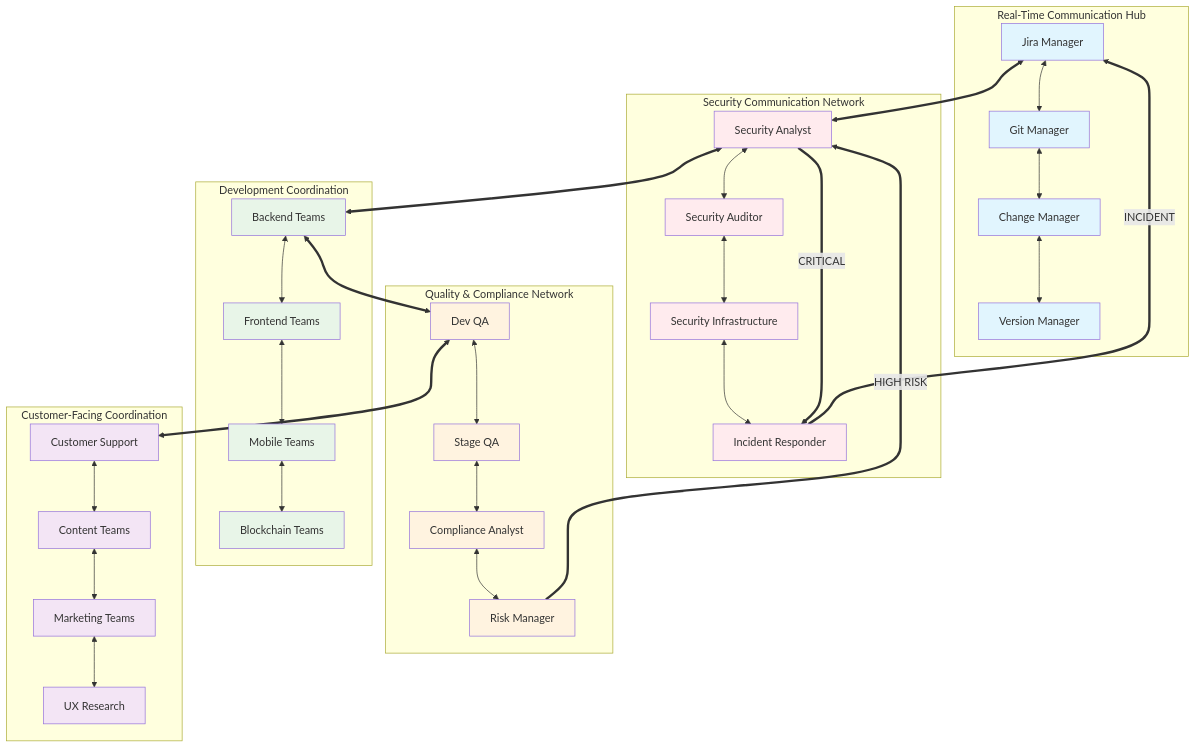
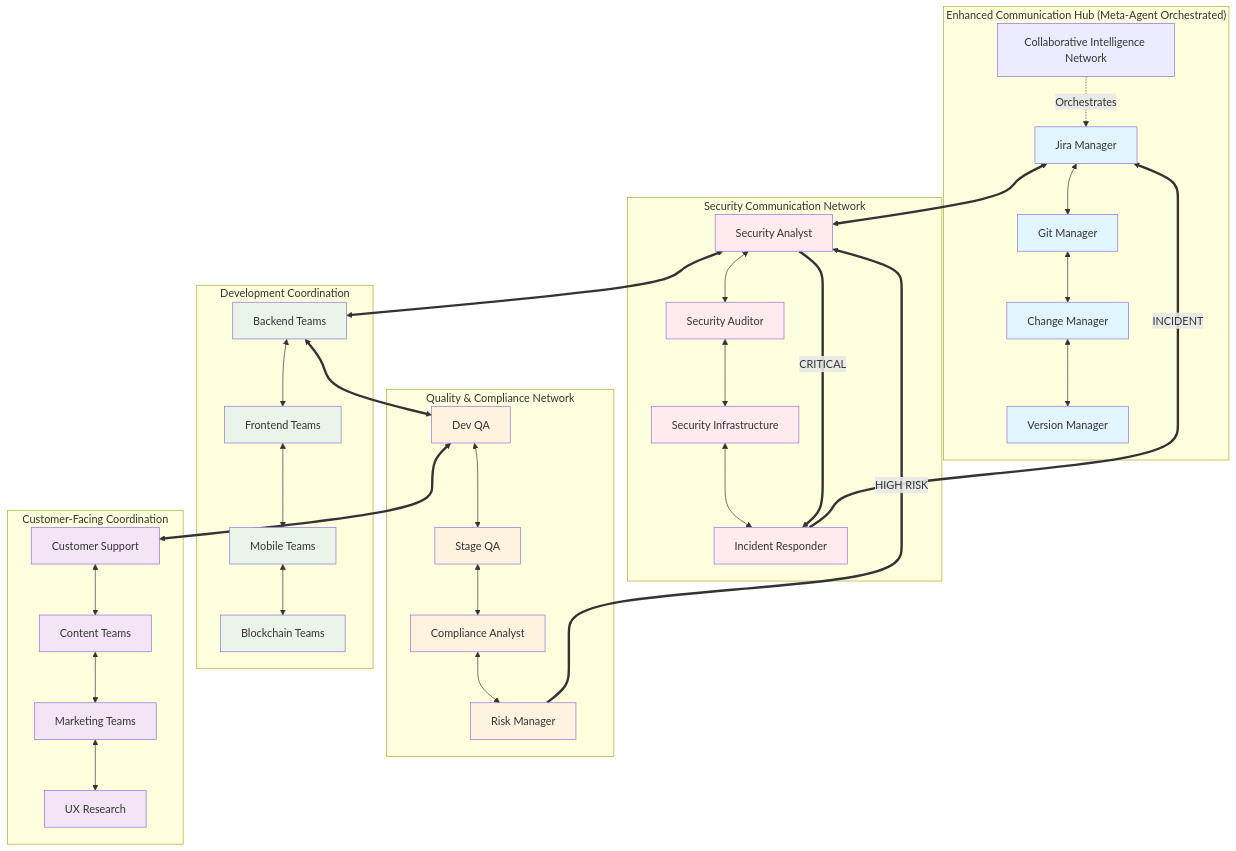
Diagram 12 of 13 in AGENT-WORKFLOW-DIAGRAMS.md (mdastpak/agents), drawn with Mermaid before and after one commit. The commit also changed other lines of this file and 14 other files, not shown here.

````diff
--- a/AGENT-WORKFLOW-DIAGRAMS.md
+++ b/AGENT-WORKFLOW-DIAGRAMS.md
@@ -456,55 +851,56 @@
 ```mermaid
 graph TB
-    subgraph "Real-Time Communication Hub"
-        A[Jira Manager] <--> B[Git Manager]
+    subgraph "Enhanced Communication Hub (Meta-Agent Orchestrated)"
+        MCI[Collaborative Intelligence Network] -.->|Orchestrates| A[Jira Manager]
+        A <--> B[Git Manager]
         B <--> C[Change Manager]
         C <--> D[Version Manager]
     end
 
     subgraph "Security Communication Network"
         E[Security Analyst] <--> F[Security Auditor]
         F <--> G[Security Infrastructure]
         G <--> H[Incident Responder]
     end
 
     subgraph "Development Coordination"
         I[Backend Teams] <--> J[Frontend Teams]
         J <--> K[Mobile Teams]
         K <--> L[Blockchain Teams]
     end
 
     subgraph "Quality & Compliance Network"
         M[Dev QA] <--> N[Stage QA]
         N <--> O[Compliance Analyst]
         O <--> P[Risk Manager]
     end
 
     subgraph "Customer-Facing Coordination"
         Q[Customer Support] <--> R[Content Teams]
         R <--> S[Marketing Teams]
         S <--> T[UX Research]
     end
 
     %% Cross-network critical communications
     A <==> E
     E <==> I
     I <==> M
     M <==> Q
 
     %% Emergency escalation channels
     E ==>|CRITICAL| H
     H ==>|INCIDENT| A
     P ==>|HIGH RISK| E
 
     classDef hub fill:#e1f5fe
     classDef security fill:#ffebee
     classDef development fill:#e8f5e8
     classDef quality fill:#fff3e0
     classDef customer fill:#f3e5f5
 
     class A,B,C,D hub
     class E,F,G,H security
     class I,J,K,L development
     class M,N,O,P quality
     class Q,R,S,T customer
 ```
````
